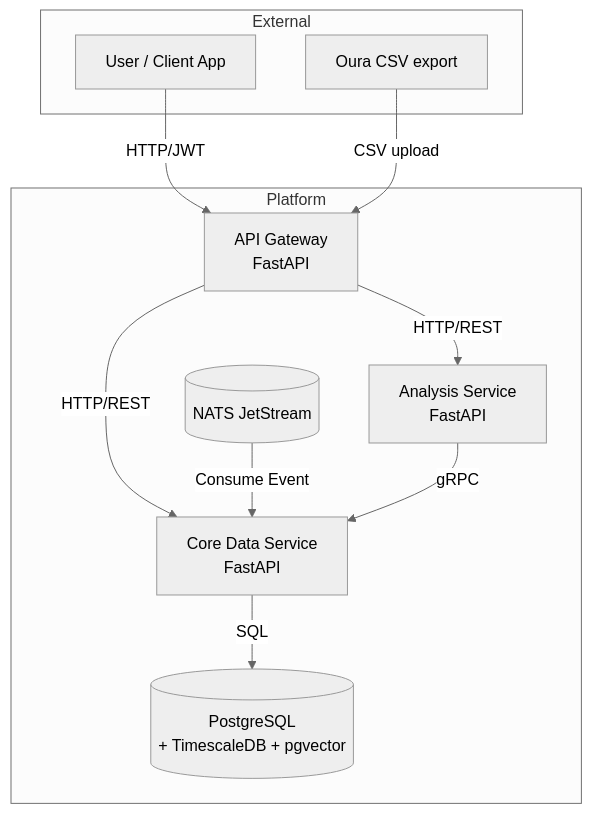
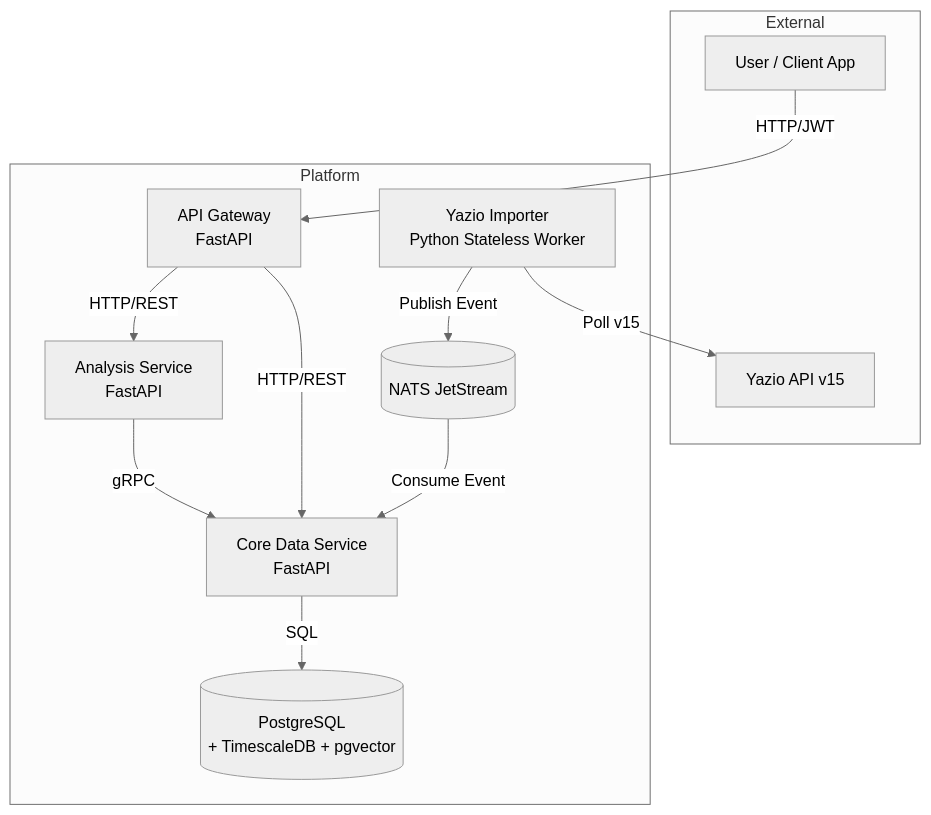
One commit to iamTim0/quantified-self changed the diagram in README.md. Above: the diagram before and after it, drawn with Mermaid (neutral theme). The commit also changed other lines of this file and 1 other file, not shown here.

Commit message:
docs & ui: update dashboard cards for Yazio metrics and synchronize README documentation

````diff
--- a/README.md
+++ b/README.md
@@ -13,26 +13,28 @@
 ```mermaid
 flowchart TD
     subgraph External
         Client[User / Client App]
-        OuraExport[Oura CSV export]
+        YazioAPI[Yazio API v15]
     end
 
     subgraph Platform
         Gateway[API Gateway\nFastAPI]
         Core[Core Data Service\nFastAPI]
         Analysis[Analysis Service\nFastAPI]
+        YazioImporter[Yazio Importer\nPython Stateless Worker]
         
         NATS[(NATS JetStream)]
         DB[(PostgreSQL\n+ TimescaleDB + pgvector)]
     end
 
     Client -->|HTTP/JWT| Gateway
     Gateway -->|HTTP/REST| Core
     Gateway -->|HTTP/REST| Analysis
     
-    OuraExport -->|CSV upload| Gateway
+    YazioImporter -->|Poll v15| YazioAPI
+    YazioImporter -->|Publish Event| NATS
     NATS -->|Consume Event| Core
     Core -->|SQL| DB
     
     Analysis -->|gRPC| Core
 ```
````
